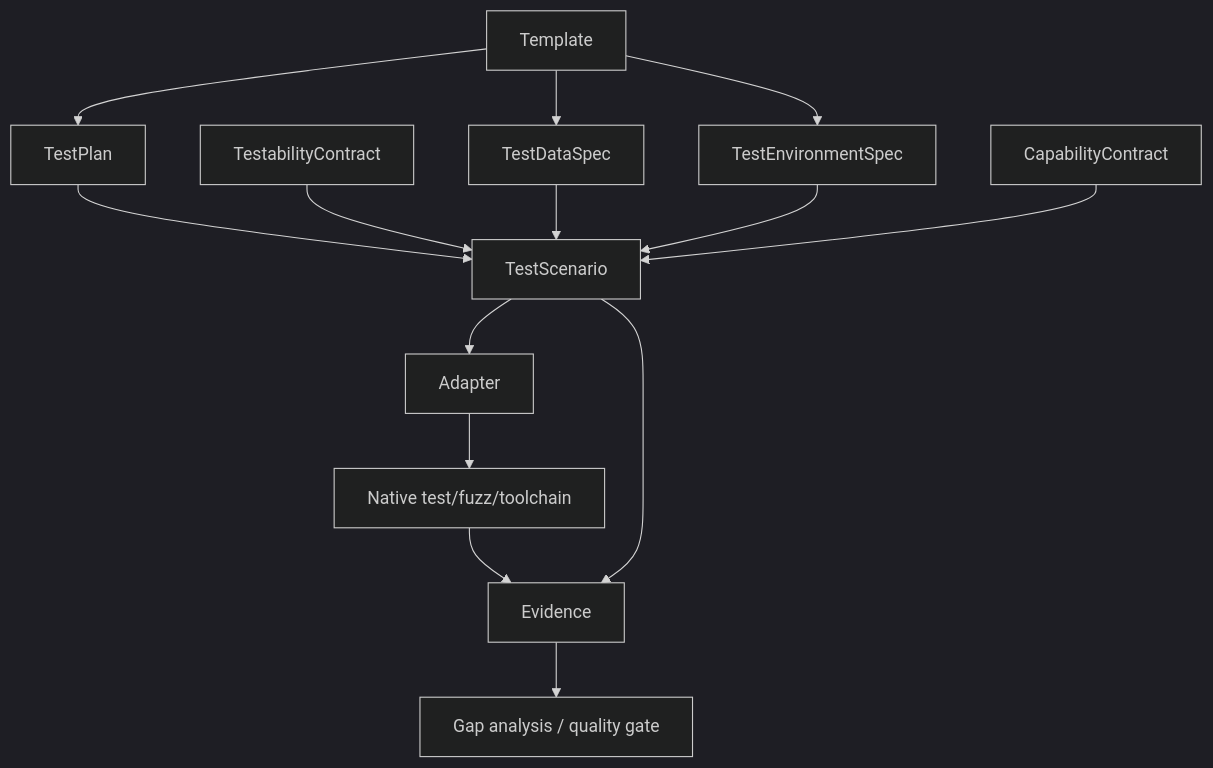
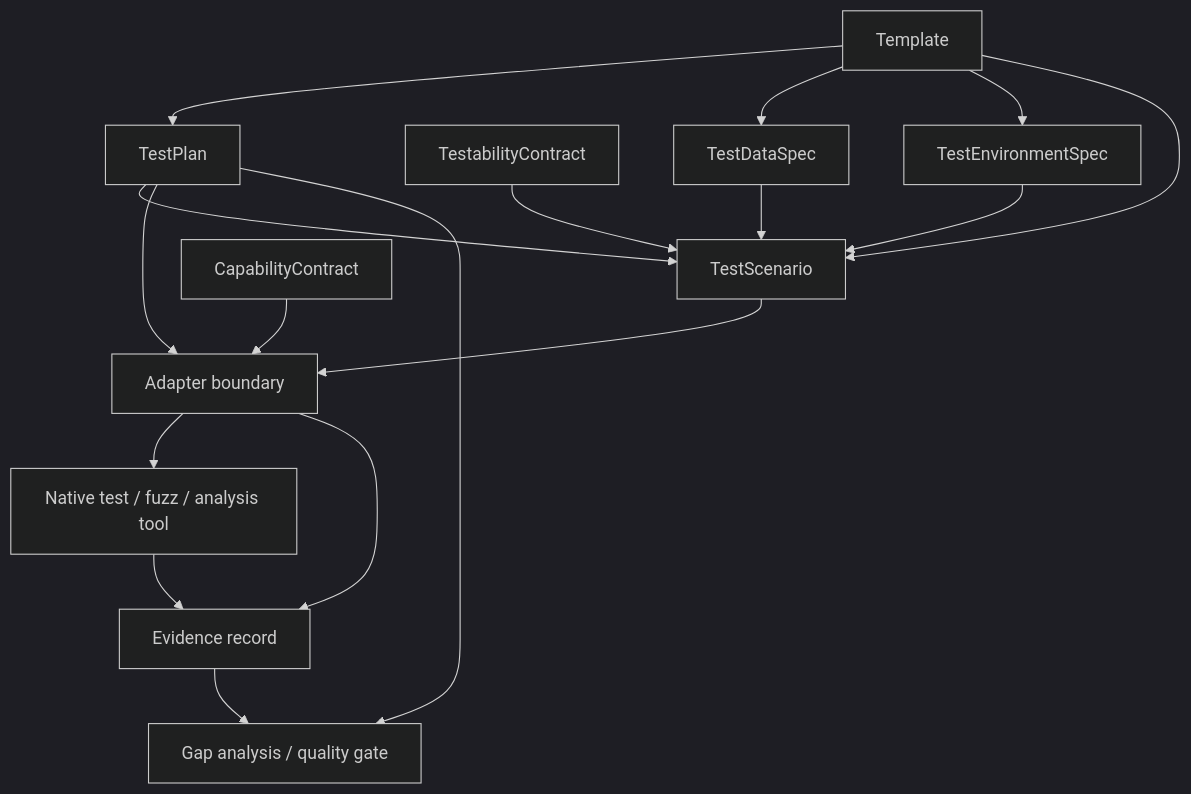
Before and after one commit to hackelia-micrantha/testule: the diagram in docs/rfcs/0001-core-model.md, drawn with Mermaid (dark theme). The commit also changed other lines of this file, not shown here.

````diff
--- a/docs/rfcs/0001-core-model.md
+++ b/docs/rfcs/0001-core-model.md
@@ -52,28 +61,33 @@
 ```mermaid
 flowchart TD
+    Template[Template]
     Plan[TestPlan]
     Testability[TestabilityContract]
     Data[TestDataSpec]
     Env[TestEnvironmentSpec]
-    Template[Template]
     Scenario[TestScenario]
     Capability[CapabilityContract]
-    Adapter[Adapter]
-    Native[Native test/fuzz/toolchain]
-    Evidence[Evidence]
+    Adapter[Adapter boundary]
+    Native[Native test / fuzz / analysis tool]
+    Evidence[Evidence record]
     Gate[Gap analysis / quality gate]
 
     Template --> Plan
     Template --> Data
     Template --> Env
+    Template --> Scenario
+
     Plan --> Scenario
     Testability --> Scenario
     Data --> Scenario
     Env --> Scenario
-    Capability --> Scenario
+
+    Plan --> Adapter
     Scenario --> Adapter
+    Capability --> Adapter
     Adapter --> Native
     Native --> Evidence
-    Scenario --> Evidence
+    Adapter --> Evidence
     Evidence --> Gate
+    Plan --> Gate
 ```
````
